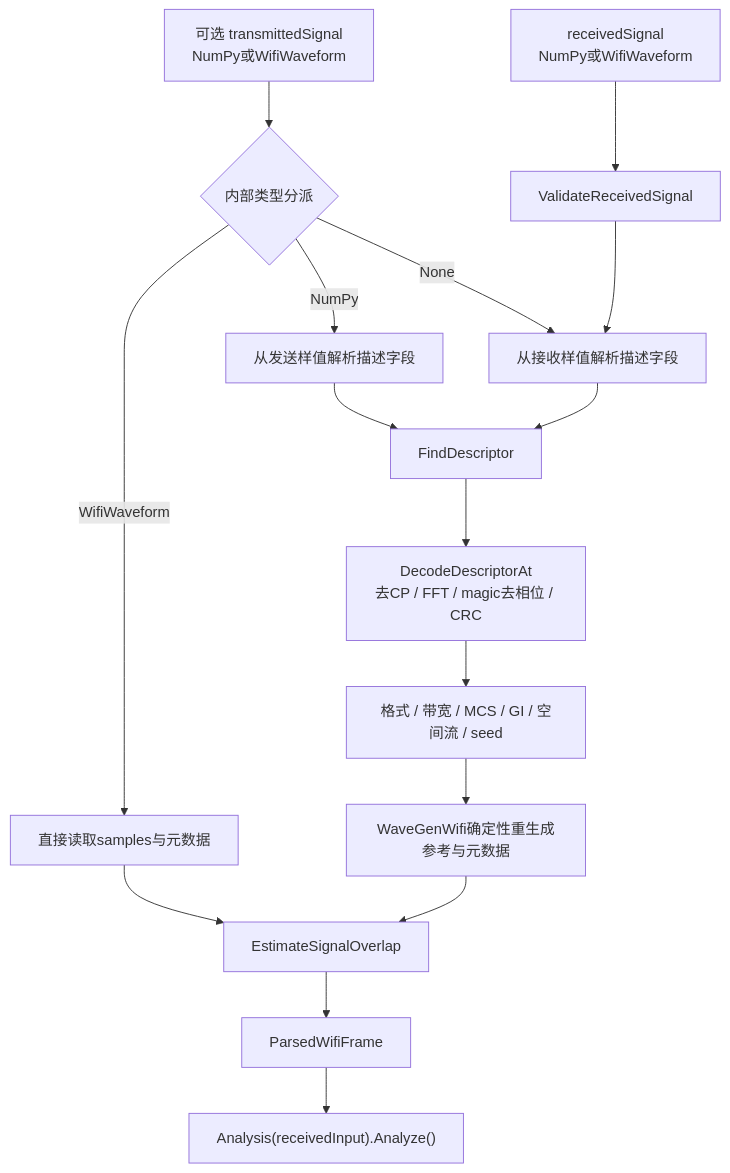
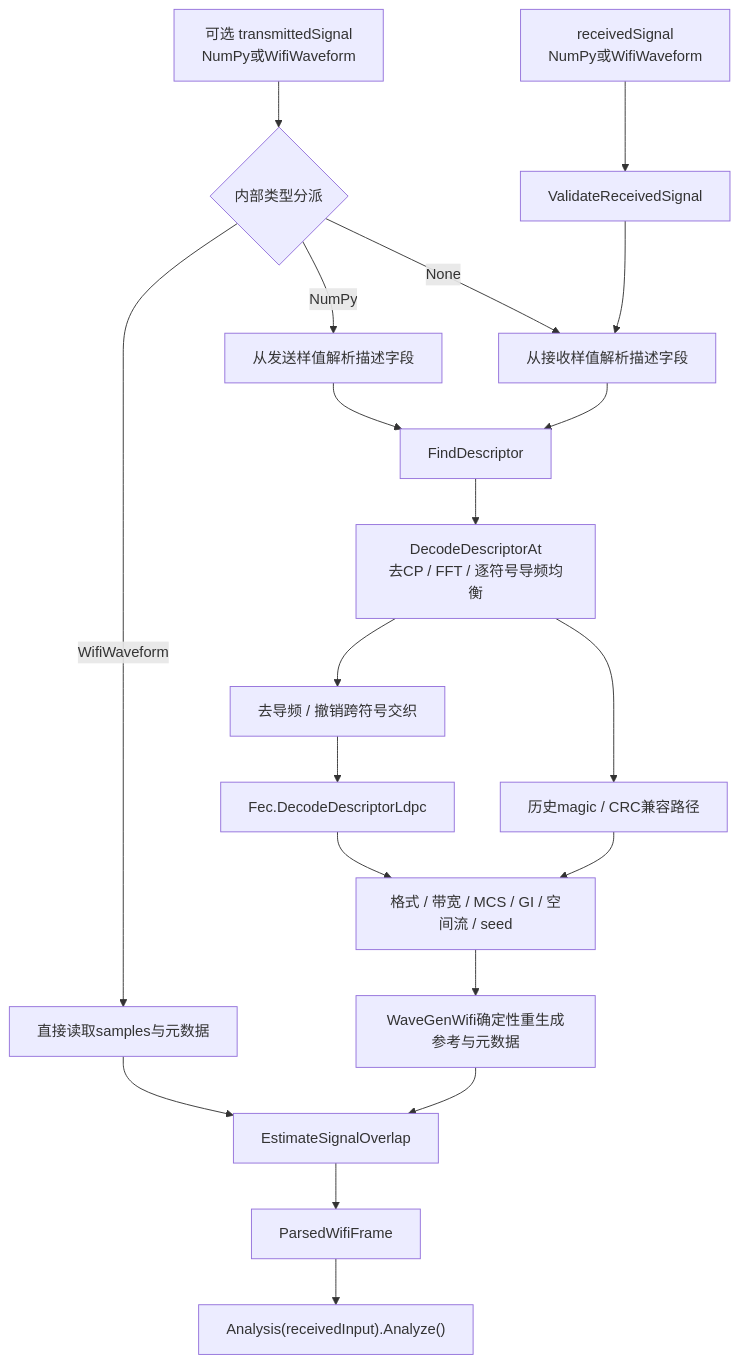
The sixth of 14 diagrams in README.md (niyilu45/DPD_ILC), drawn with Mermaid before and after one commit. The commit also changed other lines of this file and 12 other files, not shown here.

Commit message:
Add robust 10-bit LDPC descriptor FEC

````diff
--- a/README.md
+++ b/README.md
@@ -244,18 +275,23 @@
 ```mermaid
 flowchart TD
     receive["receivedSignal<br/>NumPy或WifiWaveform"] --> validate["ValidateReceivedSignal"]
     transmit["可选 transmittedSignal<br/>NumPy或WifiWaveform"] --> dispatch{"内部类型分派"}
     dispatch -->|WifiWaveform| objectPath["直接读取samples与元数据"]
     dispatch -->|NumPy| descriptorSource["从发送样值解析描述字段"]
     dispatch -->|None| receiveDescriptor["从接收样值解析描述字段"]
     validate --> receiveDescriptor
     descriptorSource --> find["FindDescriptor"]
     receiveDescriptor --> find
-    find --> decode["DecodeDescriptorAt<br/>去CP / FFT / magic去相位 / CRC"]
-    decode --> parameters["格式 / 带宽 / MCS / GI / 空间流 / seed"]
+    find --> decode["DecodeDescriptorAt<br/>去CP / FFT / 逐符号导频均衡"]
+    decode --> deinterleave["去导频 / 撤销跨符号交织"]
+    deinterleave --> fecDecode["Fec.DecodeDescriptorLdpc"]
+    decode --> legacy["历史magic / CRC兼容路径"]
+    fecDecode --> parameters
+    legacy --> parameters
+    parameters["格式 / 带宽 / MCS / GI / 空间流 / seed"]
     parameters --> regenerate["WaveGenWifi确定性重生成参考与元数据"]
     objectPath --> correlate["EstimateSignalOverlap"]
     regenerate --> correlate
     correlate --> parsed["ParsedWifiFrame"]
     parsed --> analysis["Analysis(receivedInput).Analyze()"]
 ```
````
